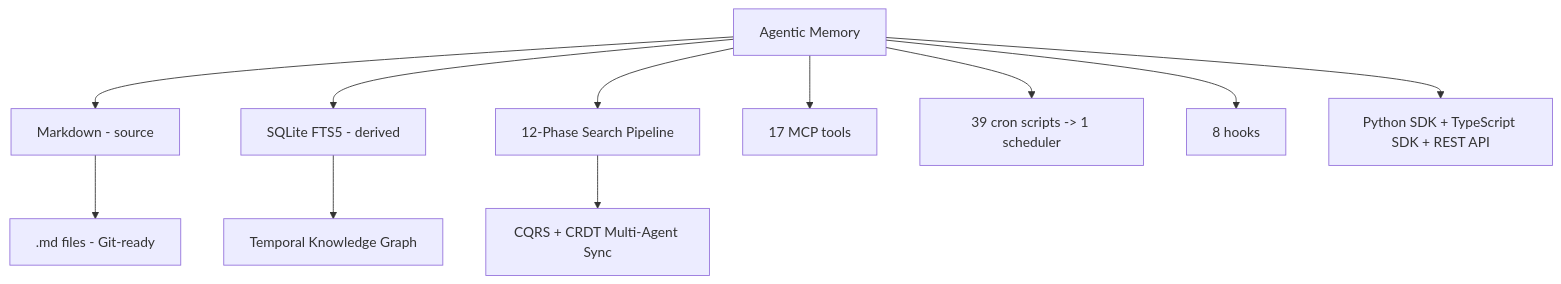
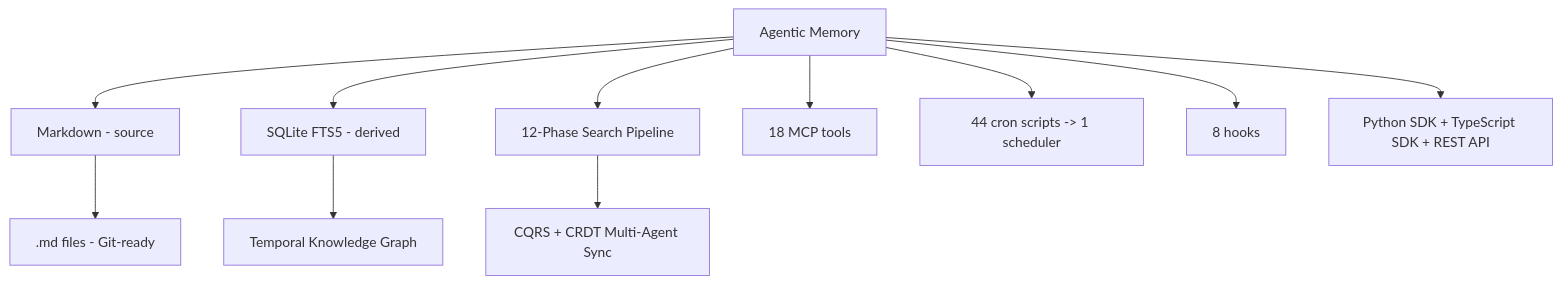
One commit to ArkaAiAdmin/Agentic-Memory changed the diagram in README.md. Above: the diagram before and after it, drawn with Mermaid. The commit also changed other lines of this file and 2 other files, not shown here.

````diff
--- a/README.md
+++ b/README.md
@@ -23,13 +23,13 @@
 ```mermaid
 graph TD
     A[Agentic Memory] --> B[Markdown - source]
     A --> C[SQLite FTS5 - derived]
     A --> D[12-Phase Search Pipeline]
     B --> E[.md files - Git-ready]
     C --> F[Temporal Knowledge Graph]
     D --> G[CQRS + CRDT Multi-Agent Sync]
-    A --> H[17 MCP tools]
-    A --> I[39 cron scripts -> 1 scheduler]
+    A --> H[18 MCP tools]
+    A --> I[44 cron scripts -> 1 scheduler]
     A --> J[8 hooks]
     A --> K[Python SDK + TypeScript SDK + REST API]
 ```
````
